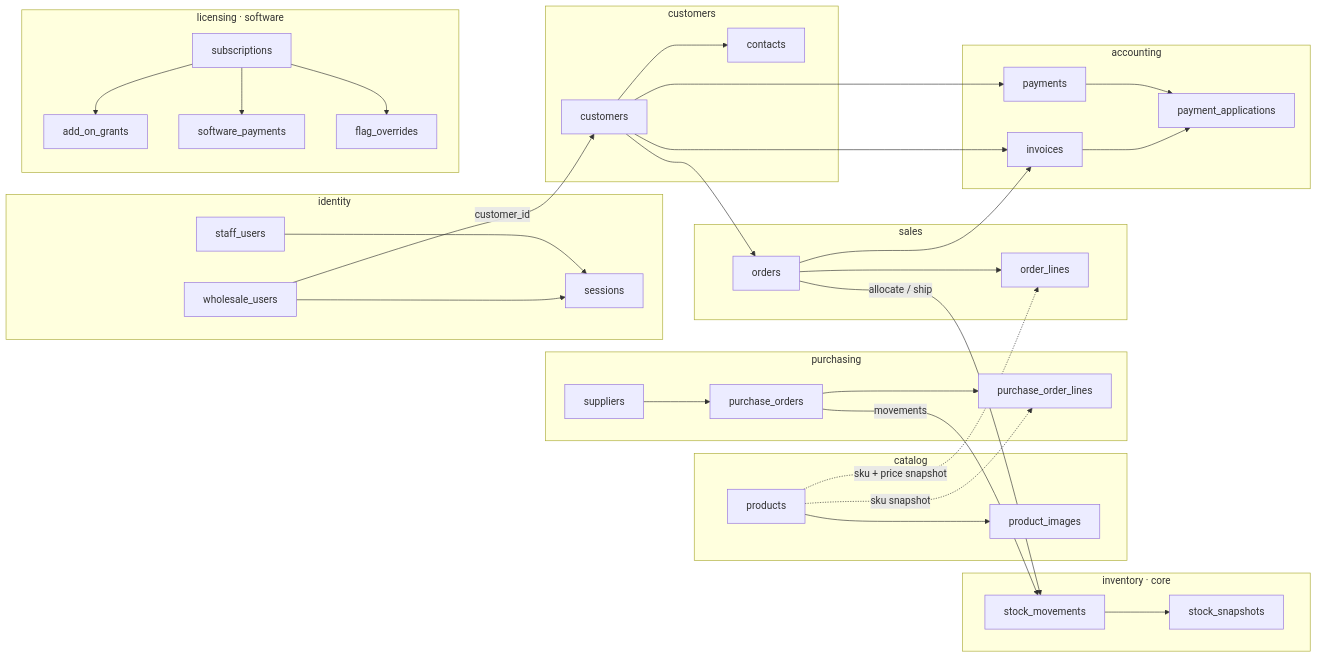
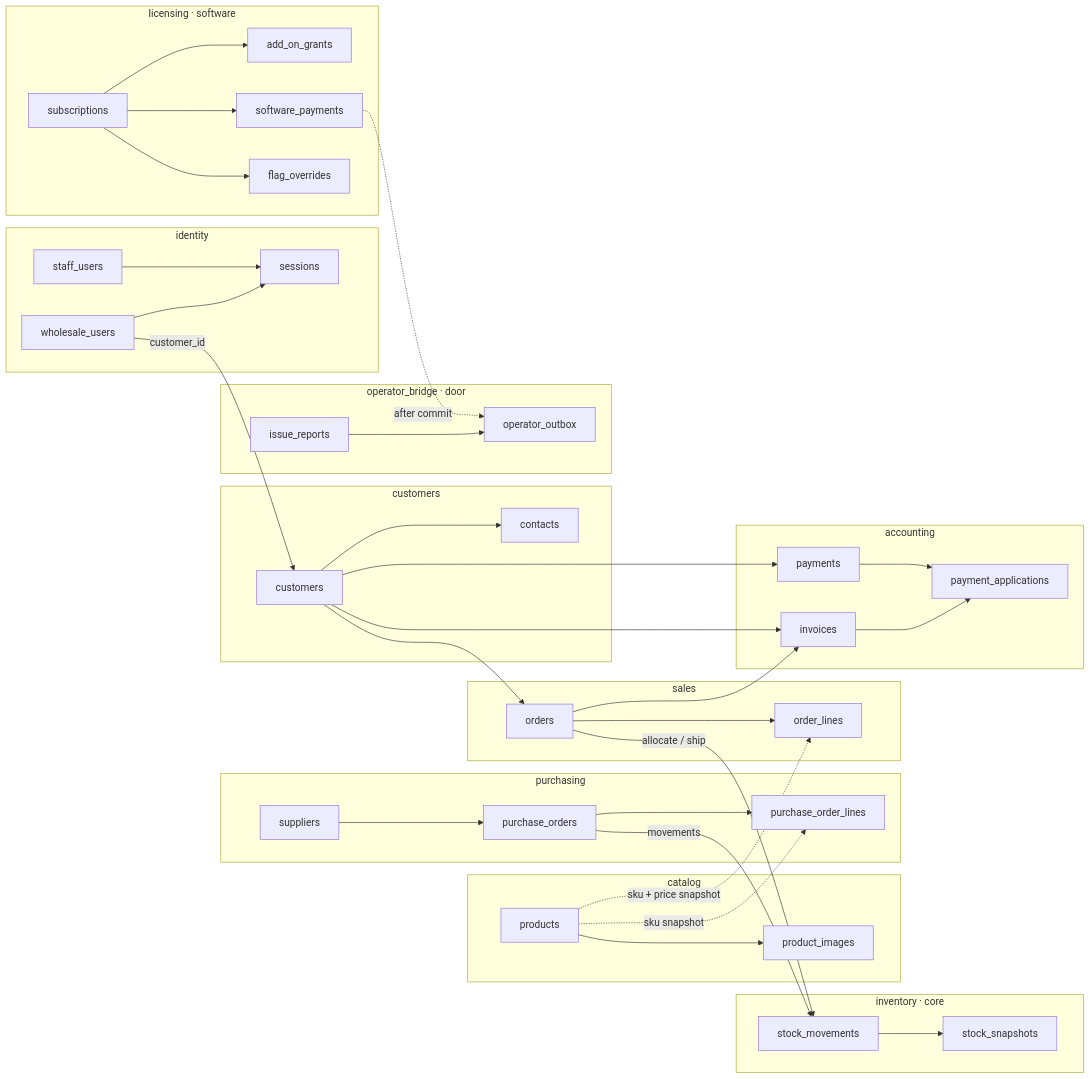
Before and after one commit to adamhinckley/dc-inventory: the first of 3 diagrams in docs/database-design.md, drawn with Mermaid. The commit also changed other lines of this file and 9 other files, not shown here.

First line of the commit message:
Open a fail-soft door to the operator’s other monorepo.

````diff
--- a/docs/database-design.md
+++ b/docs/database-design.md
@@ -14,75 +14,82 @@
 ```mermaid
 flowchart LR
   subgraph identity["identity"]
     staff_users
     wholesale_users
     sessions
   end
 
   subgraph catalog["catalog"]
     products
     product_images
   end
 
   subgraph inventory["inventory · core"]
     stock_movements
     stock_snapshots
   end
 
   subgraph purchasing["purchasing"]
     suppliers
     purchase_orders
     purchase_order_lines
   end
 
   subgraph customers["customers"]
     customers_t["customers"]
     contacts
   end
 
   subgraph sales["sales"]
     orders
     order_lines
   end
 
   subgraph accounting["accounting"]
     invoices
     payments
     payment_applications
   end
 
   subgraph licensing["licensing · software"]
     subscriptions
     add_on_grants
     software_payments
     flag_overrides
   end
 
+  subgraph operator_bridge["operator_bridge · door"]
+    issue_reports
+    operator_outbox
+  end
+
   wholesale_users -->|customer_id| customers_t
   staff_users --> sessions
   wholesale_users --> sessions
 
   products --> product_images
   products -.->|sku snapshot| purchase_order_lines
   products -.->|sku + price snapshot| order_lines
 
   suppliers --> purchase_orders
   purchase_orders --> purchase_order_lines
   purchase_orders -->|movements| stock_movements
 
   customers_t --> contacts
   customers_t --> orders
   orders --> order_lines
   orders -->|allocate / ship| stock_movements
   stock_movements --> stock_snapshots
 
   orders --> invoices
   customers_t --> invoices
   customers_t --> payments
   payments --> payment_applications
   invoices --> payment_applications
 
   subscriptions --> add_on_grants
   subscriptions --> software_payments
   subscriptions --> flag_overrides
+  software_payments -.->|after commit| operator_outbox
+  issue_reports --> operator_outbox
 ```
````
